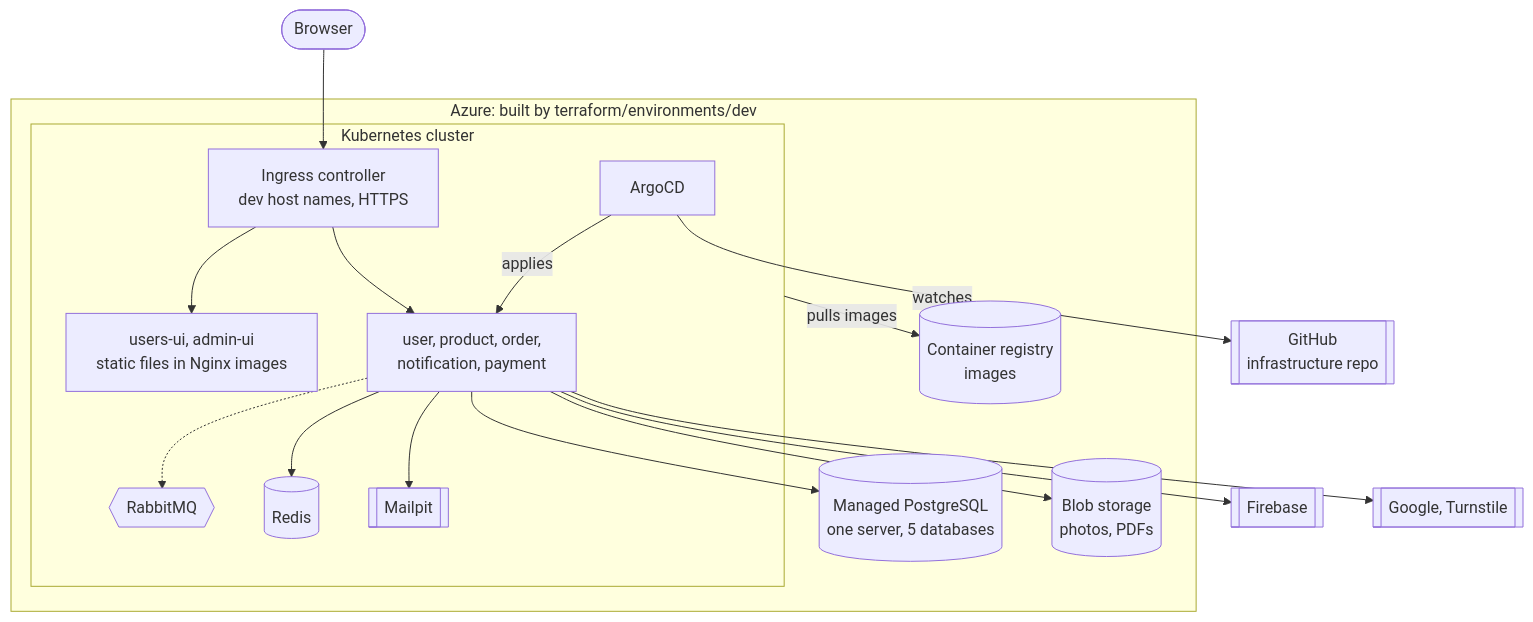
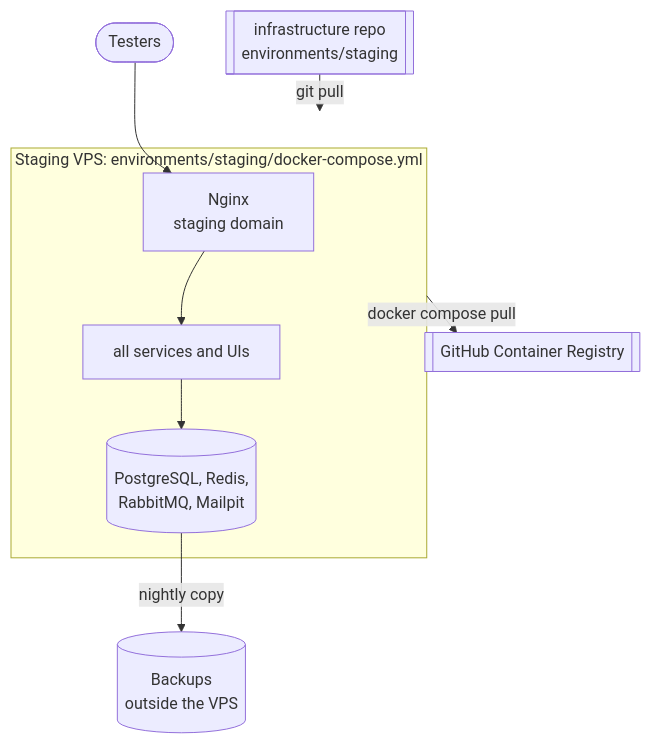
The diagram in docs/mvp/12-dev-cloud.md (MotoXpress-wicky/infrastructure), drawn with Mermaid before and after one commit. The commit also changed other lines of this file and 17 other files, not shown here.

First line of the commit message:
docs(mvp): update design for environments, object storage and CI/CD

````diff
--- a/docs/mvp/12-dev-cloud.md
+++ b/docs/mvp/12-dev-cloud.md
@@ -10,37 +28,21 @@
 ```mermaid
 flowchart TB
-    browser([Browser])
-    git[["GitHub<br/>infrastructure repo"]]
+    browser([Testers])
+    ghcr[["GitHub Container Registry"]]
+    repo[["infrastructure repo<br/>environments/staging"]]
 
-    subgraph azure ["Azure: built by terraform/environments/dev"]
-        subgraph aks [Kubernetes cluster]
-            ingress["Ingress controller<br/>dev host names, HTTPS"]
-            argocd["ArgoCD"]
-            ui["users-ui, admin-ui<br/>static files in Nginx images"]
-            svcs["user, product, order,<br/>notification, payment"]
-            mq{{"RabbitMQ"}}
-            redis[("Redis")]
-            mailpit[["Mailpit"]]
-        end
-        pg[("Managed PostgreSQL<br/>one server, 5 databases")]
-        blob[("Blob storage<br/>photos, PDFs")]
-        acr[("Container registry<br/>images")]
+    subgraph vps ["Staging VPS: environments/staging/docker-compose.yml"]
+        nginx["Nginx<br/>staging domain"]
+        apps["all services and UIs"]
+        helpers[("PostgreSQL, Redis,<br/>RabbitMQ, Mailpit")]
     end
 
-    fcm[["Firebase"]]
-    google[["Google, Turnstile"]]
+    backup[("Backups<br/>outside the VPS")]
 
-    browser --> ingress
-    ingress --> ui
-    ingress --> svcs
-    svcs --> pg
-    svcs --> blob
-    svcs -.-> mq
-    svcs --> redis
-    svcs --> mailpit
-    svcs --> fcm
-    svcs --> google
-    argocd -->|watches| git
-    argocd -->|applies| svcs
-    aks -->|pulls images| acr
+    browser --> nginx
+    nginx --> apps
+    apps --> helpers
+    repo -->|"git pull"| vps
+    vps -->|"docker compose pull"| ghcr
+    helpers -->|"nightly copy"| backup
 ```
````
